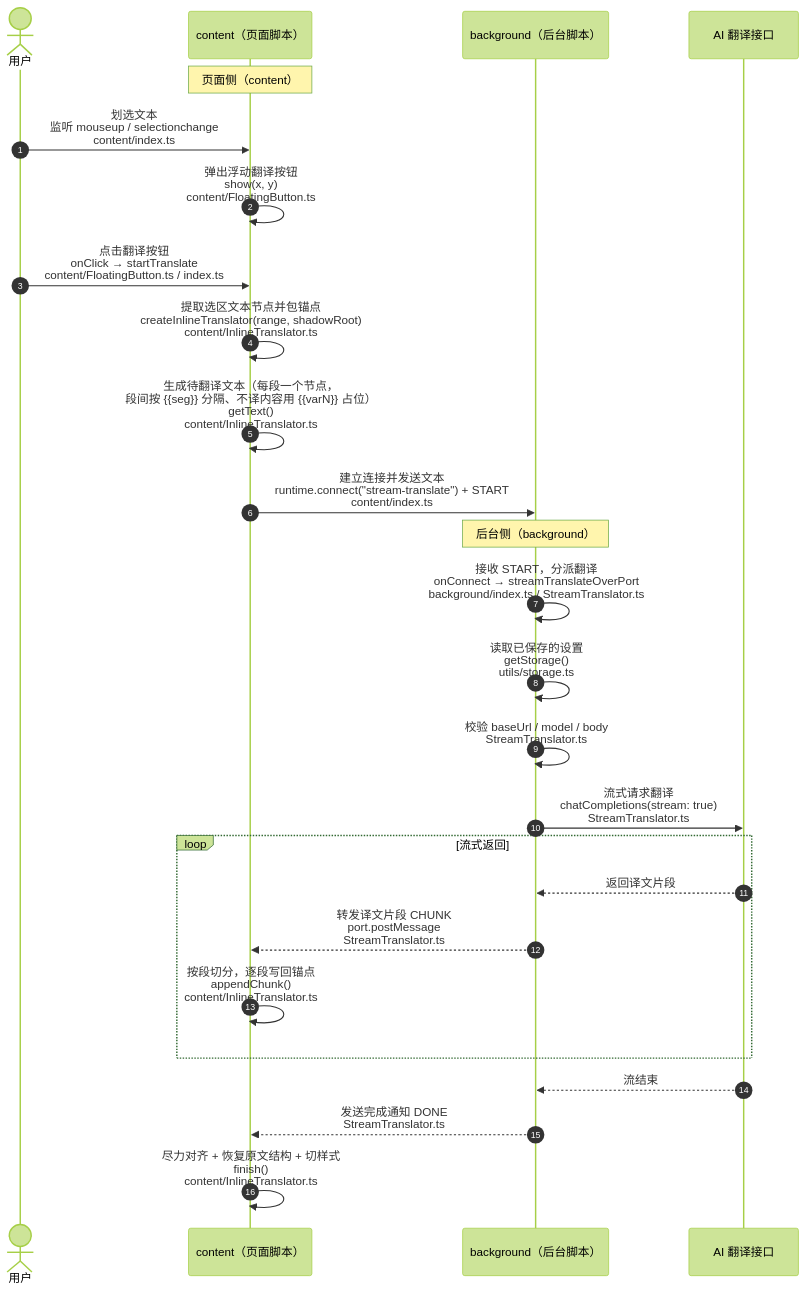
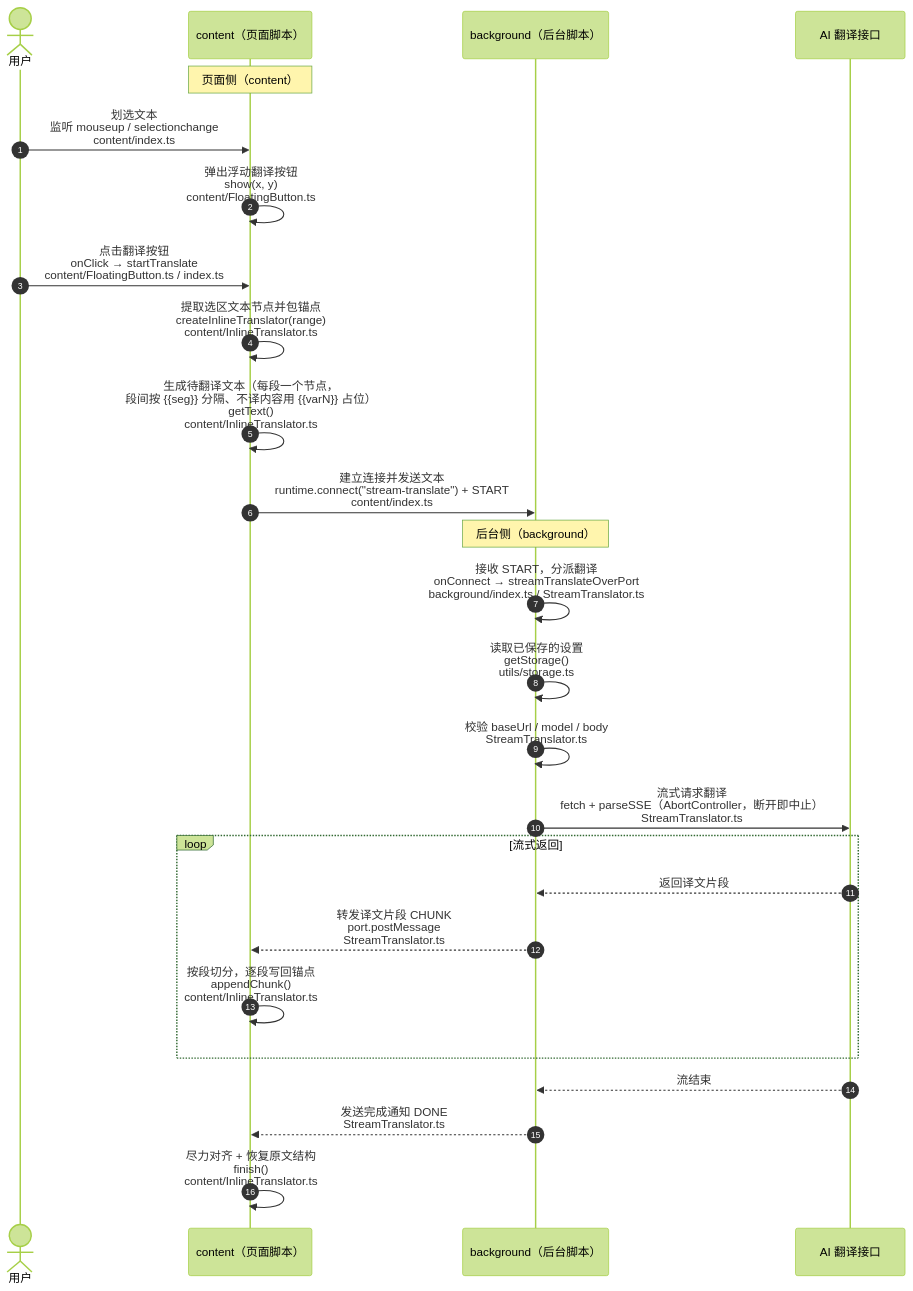
The diagram in ARCHITECTURE.md (Nickyzj628/llm-streaming-translate), drawn with Mermaid (forest theme) before and after one commit. The commit also changed other lines of this file and 18 other files, not shown here.

````diff
--- a/ARCHITECTURE.md
+++ b/ARCHITECTURE.md
@@ -16,32 +16,32 @@
 ```mermaid
 sequenceDiagram
     autonumber
     actor U as 用户
     participant C as content（页面脚本）
     participant B as background（后台脚本）
     participant LLM as AI 翻译接口
 
     Note over C: 页面侧（content）
     U->>C: 划选文本<br/>监听 mouseup / selectionchange<br/>content/index.ts
     C->>C: 弹出浮动翻译按钮<br/>show(x, y)<br/>content/FloatingButton.ts
     U->>C: 点击翻译按钮<br/>onClick → startTranslate<br/>content/FloatingButton.ts / index.ts
-    C->>C: 提取选区文本节点并包锚点<br/>createInlineTranslator(range, shadowRoot)<br/>content/InlineTranslator.ts
+    C->>C: 提取选区文本节点并包锚点<br/>createInlineTranslator(range)<br/>content/InlineTranslator.ts
     C->>C: 生成待翻译文本（每段一个节点，<br/>段间按 {{seg}} 分隔、不译内容用 {{varN}} 占位）<br/>getText()<br/>content/InlineTranslator.ts
     C->>B: 建立连接并发送文本<br/>runtime.connect("stream-translate") + START<br/>content/index.ts
 
     Note over B: 后台侧（background）
     B->>B: 接收 START，分派翻译<br/>onConnect → streamTranslateOverPort<br/>background/index.ts / StreamTranslator.ts
     B->>B: 读取已保存的设置<br/>getStorage()<br/>utils/storage.ts
     B->>B: 校验 baseUrl / model / body<br/>StreamTranslator.ts
-    B->>LLM: 流式请求翻译<br/>chatCompletions(stream: true)<br/>StreamTranslator.ts
+    B->>LLM: 流式请求翻译<br/>fetch + parseSSE（AbortController，断开即中止）<br/>StreamTranslator.ts
 
     loop 流式返回
         LLM-->>B: 返回译文片段
         B-->>C: 转发译文片段 CHUNK<br/>port.postMessage<br/>StreamTranslator.ts
         C->>C: 按段切分，逐段写回锚点<br/>appendChunk()<br/>content/InlineTranslator.ts
     end
 
     LLM-->>B: 流结束
     B-->>C: 发送完成通知 DONE<br/>StreamTranslator.ts
-    C->>C: 尽力对齐 + 恢复原文结构 + 切样式<br/>finish()<br/>content/InlineTranslator.ts
+    C->>C: 尽力对齐 + 恢复原文结构<br/>finish()<br/>content/InlineTranslator.ts
 ```
````
